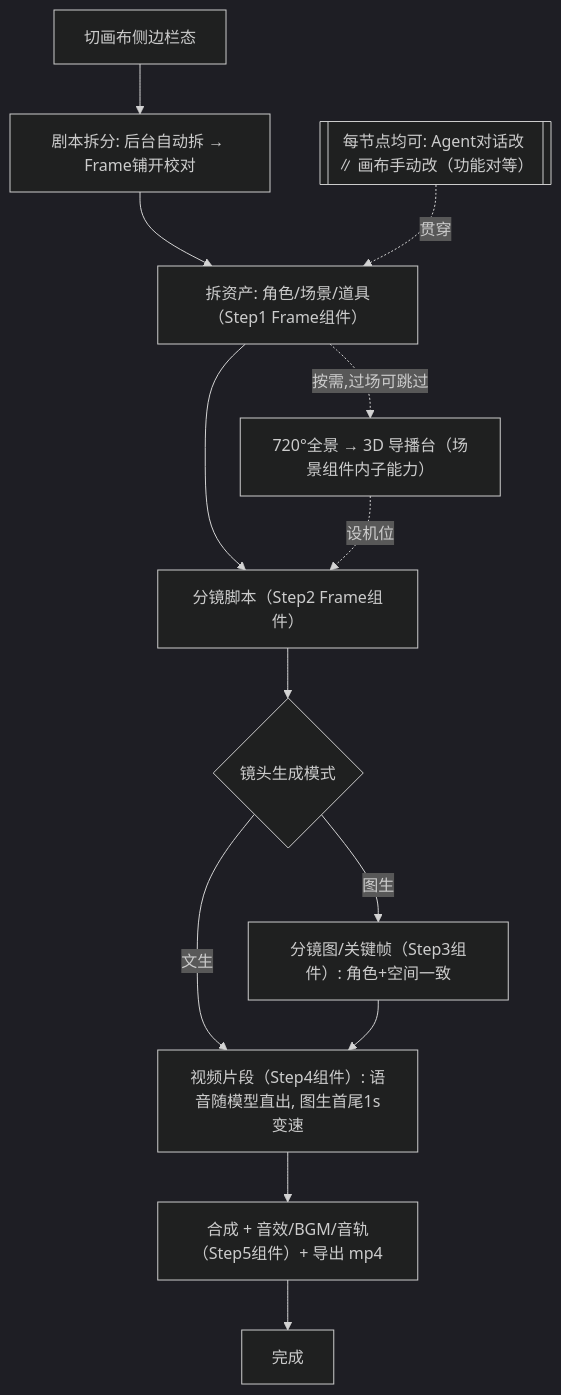
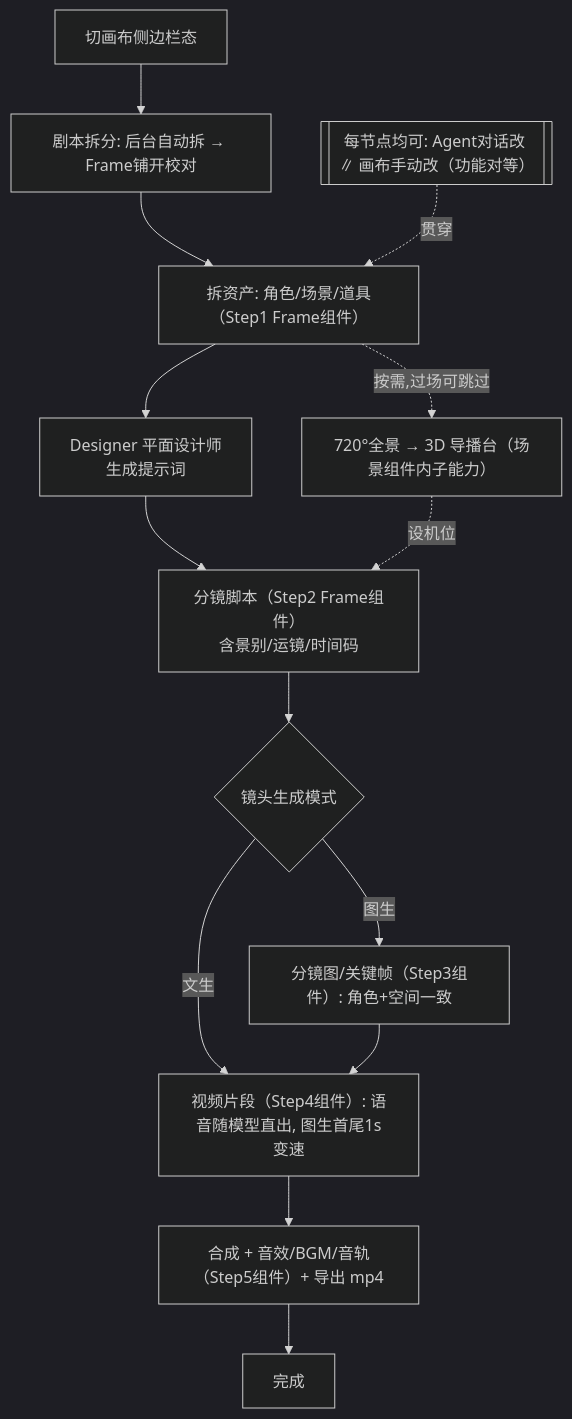
One commit to helix381/actnow changed the third of 9 diagrams in prd/整理后/03-fullstack-contract.md. Above: the diagram before and after it, drawn with Mermaid (dark theme). The commit also changed other lines of this file and 21 other files, not shown here.

````diff
--- a/prd/整理后/03-fullstack-contract.md
+++ b/prd/整理后/03-fullstack-contract.md
@@ -51,15 +52,16 @@
 ```mermaid
 flowchart TD
     Done[切画布侧边栏态] --> Split[剧本拆分: 后台自动拆 → Frame铺开校对]
     Split --> Asset[拆资产: 角色/场景/道具（Step1 Frame组件）]
     Asset -.按需,过场可跳过.-> Pano[720°全景 → 3D 导播台（场景组件内子能力）]
-    Asset --> SB[分镜脚本（Step2 Frame组件）]
+    Asset --> GD[Designer 平面设计师<br/>生成提示词]
+    GD --> SB[分镜脚本（Step2 Frame组件）<br/>含景别/运镜/时间码]
     Pano -.设机位.-> SB
     SB --> Mode{镜头生成模式}
     Mode -->|图生| Img[分镜图/关键帧（Step3组件）: 角色+空间一致]
     Mode -->|文生| Vid
     Img --> Vid[视频片段（Step4组件）: 语音随模型直出, 图生首尾1s变速]
     Vid --> Comp[合成 + 音效/BGM/音轨（Step5组件）+ 导出 mp4]
     Comp --> End[完成]
     DualPath[["每节点均可: Agent对话改 ∥ 画布手动改（功能对等）"]] -.贯穿.-> Asset
 ```
````
